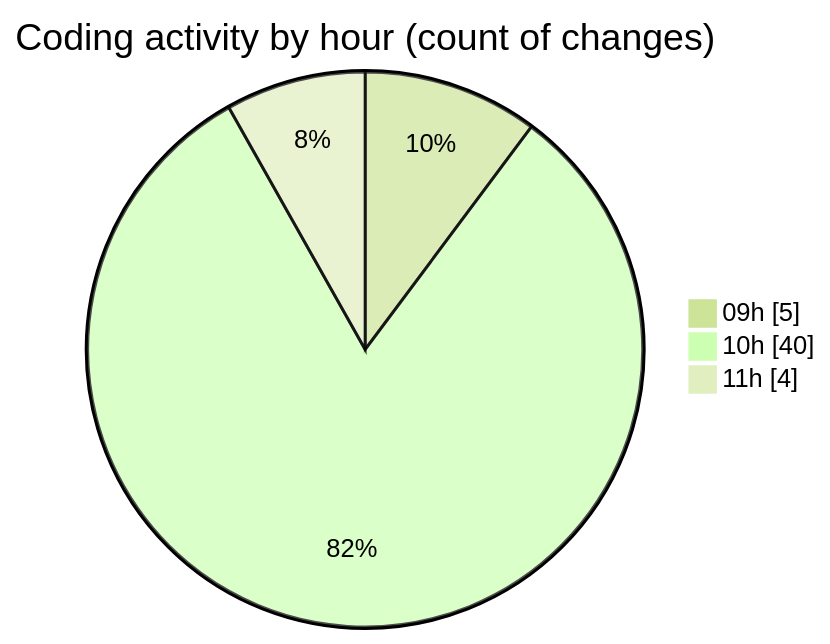
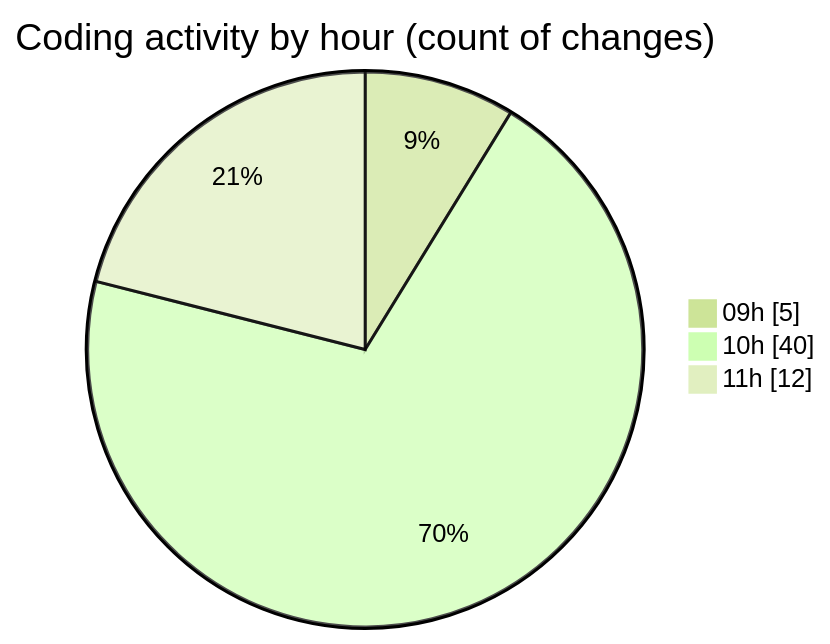
Before and after one commit to CELIANVF/code-tracking: the second of 2 diagrams in 2025-06-02/ecodeli-1/README.md, drawn with Mermaid (forest theme). The commit also changed other lines of this file and 1 other file, not shown here.

````diff
--- a/2025-06-02/ecodeli-1/README.md
+++ b/2025-06-02/ecodeli-1/README.md
@@ -64,7 +68,7 @@
 ```mermaid
 pie showData
 title Coding activity by hour (count of changes)
 "09h" : 5
 "10h" : 40
-"11h" : 4
+"11h" : 12
 ```
````
